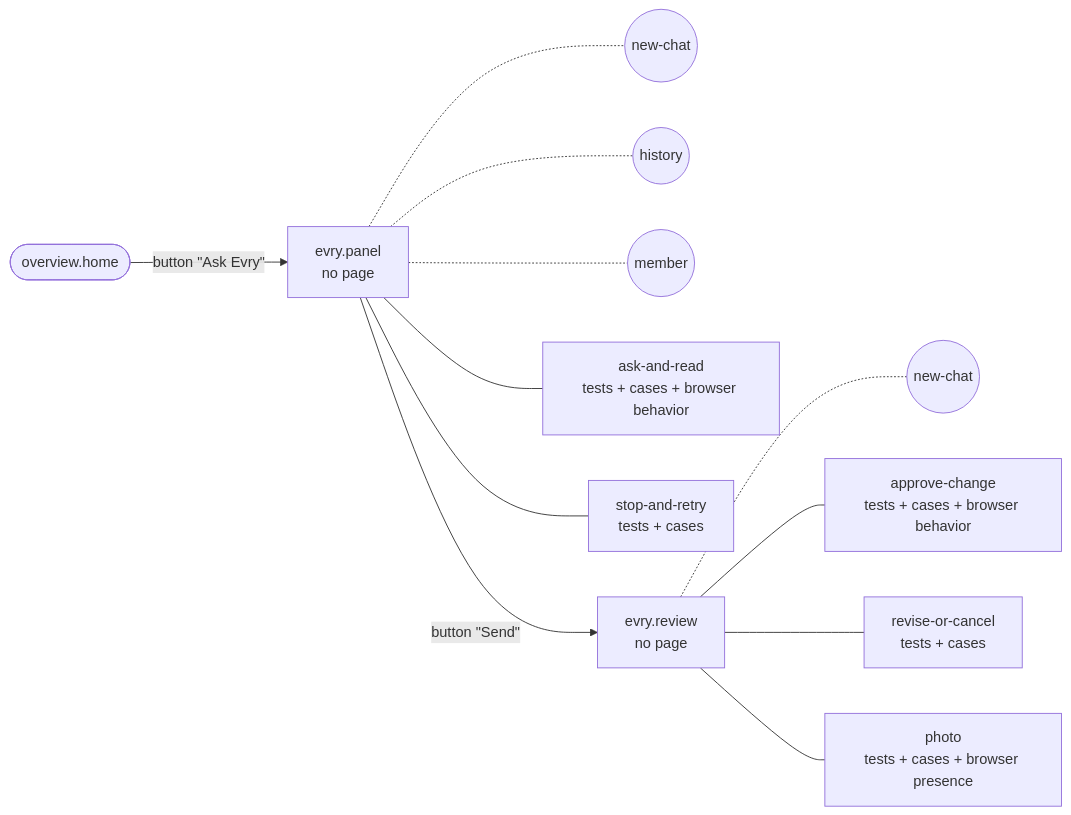
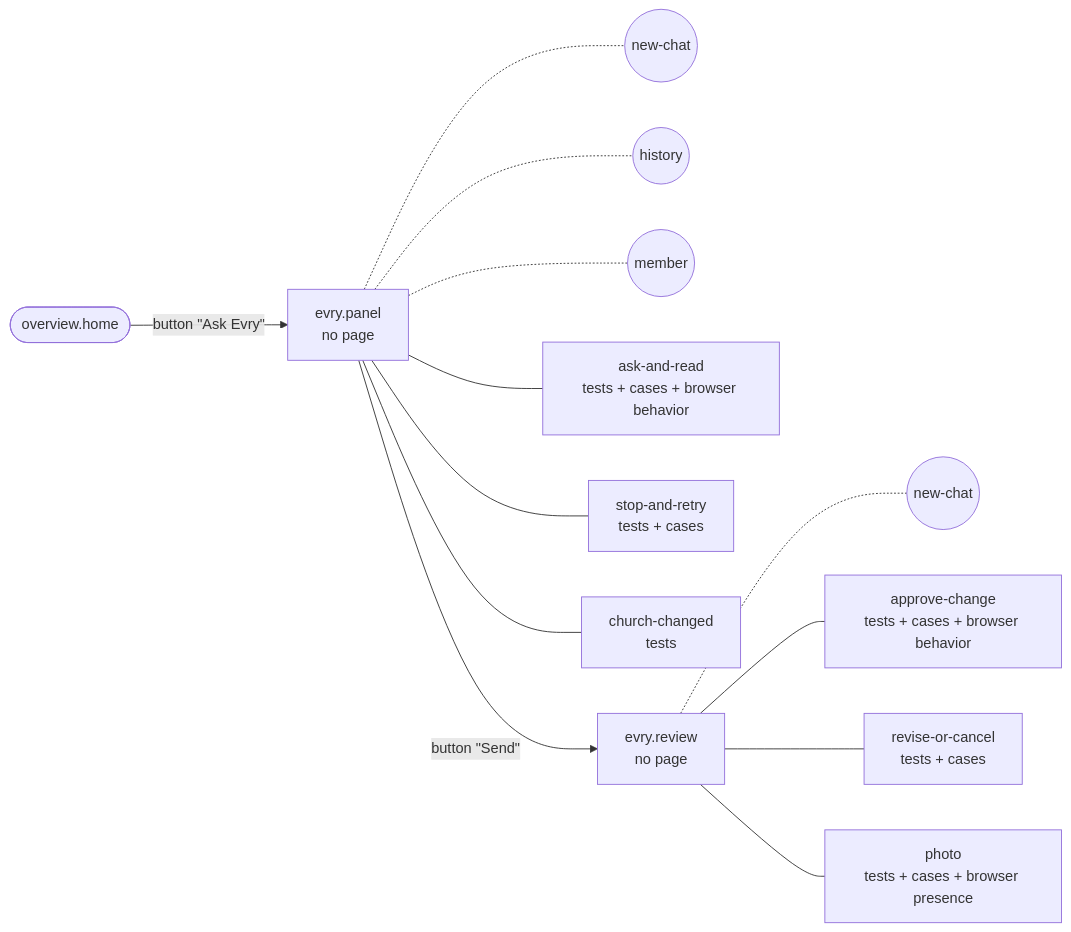
Before and after one commit to SebastianGarces/everyfield: the diagram in docs/feature-maps/evry.md, drawn with Mermaid. The commit also changed other lines of this file and 3 other files, not shown here.

````diff
--- a/docs/feature-maps/evry.md
+++ b/docs/feature-maps/evry.md
@@ -6,17 +6,18 @@
 ```mermaid
 flowchart LR
   x_overview_home(["overview.home"])
   s0["evry.panel<br/>no page"]
   x_overview_home -- "button #quot;Ask Evry#quot;" --> s0
   s0 -.- s0_st0(("new-chat"))
   s0 -.- s0_st1(("history"))
   s0 -.- s0_st2(("member"))
   s0 --- s0_b0["ask-and-read<br/>tests + cases + browser behavior"]
   s0 --- s0_b1["stop-and-retry<br/>tests + cases"]
+  s0 --- s0_b2["church-changed<br/>tests"]
   s1["evry.review<br/>no page"]
   s0 -- "button #quot;Send#quot;" --> s1
   s1 -.- s1_st0(("new-chat"))
   s1 --- s1_b0["approve-change<br/>tests + cases + browser behavior"]
   s1 --- s1_b1["revise-or-cancel<br/>tests + cases"]
   s1 --- s1_b2["photo<br/>tests + cases + browser presence"]
 ```
````
